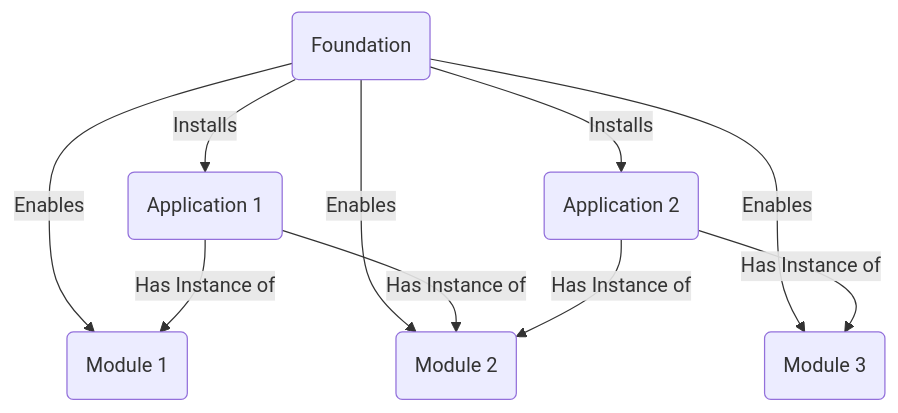
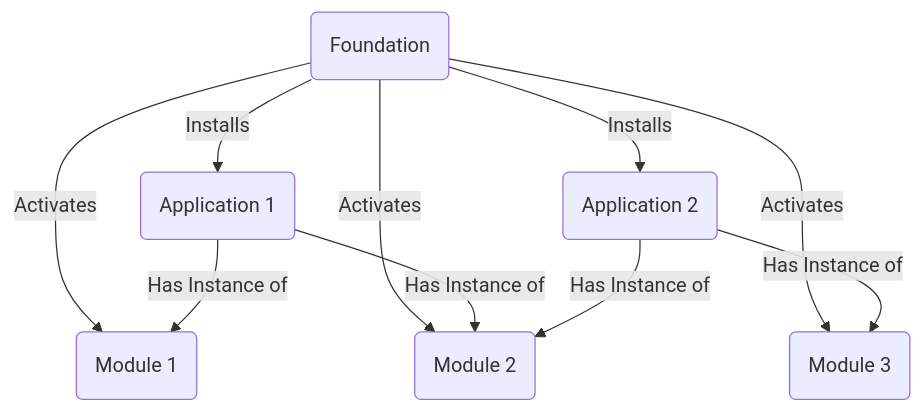
One commit to x-i-a/xia-template-foundation changed the diagram in README.md. Above: the diagram before and after it, drawn with Mermaid. The commit also changed other lines of this file and 3 other files, not shown here.

````diff
--- a/README.md
+++ b/README.md
@@ -6,13 +6,13 @@
 ```mermaid
 graph TD
     F(Foundation) -->|Installs| A1(Application 1)
     F -->|Installs| A2(Application 2)
-    F -->|Enables| M1(Module 1)
-    F -->|Enables| M2(Module 2)
-    F -->|Enables| M3(Module 3)
+    F -->|Activates| M1(Module 1)
+    F -->|Activates| M2(Module 2)
+    F -->|Activates| M3(Module 3)
 
     A1 -->|Has Instance of| M1
     A1 -->|Has Instance of| M2
     A2 -->|Has Instance of| M2
     A2 -->|Has Instance of| M3
 ```
````
